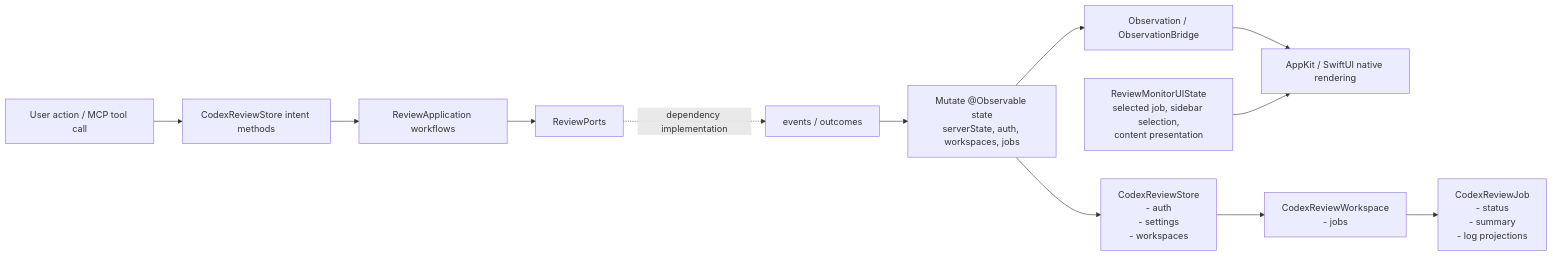
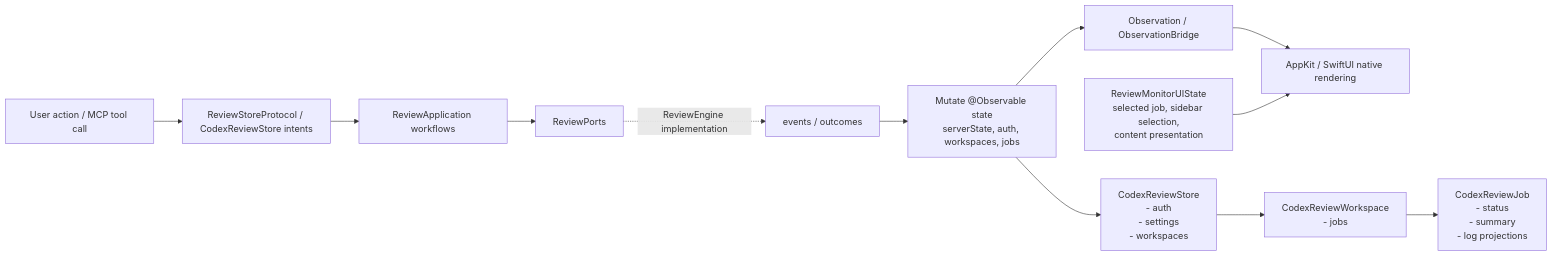
Before and after one commit to lynnswap/CodexReviewMCP: the seventh of 8 diagrams in Docs/architecture-overview.md, drawn with Mermaid. The commit also changed other lines of this file and 8 other files, not shown here.

Commit message:
refactor(ports): add review store and tool protocols

````diff
--- a/Docs/architecture-overview.md
+++ b/Docs/architecture-overview.md
@@ -346,15 +328,15 @@
 ```mermaid
 flowchart LR
-    Intent["User action / MCP tool call"] --> StoreAPI["CodexReviewStore intent methods"]
+    Intent["User action / MCP tool call"] --> StoreAPI["ReviewStoreProtocol / CodexReviewStore intents"]
     StoreAPI --> Workflows["ReviewApplication workflows"]
     Workflows --> Dependencies["ReviewPorts"]
-    Dependencies -.->|dependency implementation| Outcome["events / outcomes"]
+    Dependencies -.->|ReviewEngine implementation| Outcome["events / outcomes"]
     Outcome --> Mutation["Mutate @Observable state<br/>serverState, auth, workspaces, jobs"]
     Mutation --> Observation["Observation / ObservationBridge"]
     Observation --> NativeUI["AppKit / SwiftUI native rendering"]
 
     UIState["ReviewMonitorUIState<br/>selected job, sidebar selection,<br/>content presentation"] --> NativeUI
     Mutation --> StoreTree["CodexReviewStore<br/>- auth<br/>- settings<br/>- workspaces"]
     StoreTree --> WorkspaceTree["CodexReviewWorkspace<br/>- jobs"]
     WorkspaceTree --> JobTree["CodexReviewJob<br/>- status<br/>- summary<br/>- log projections"]
 ```
````
